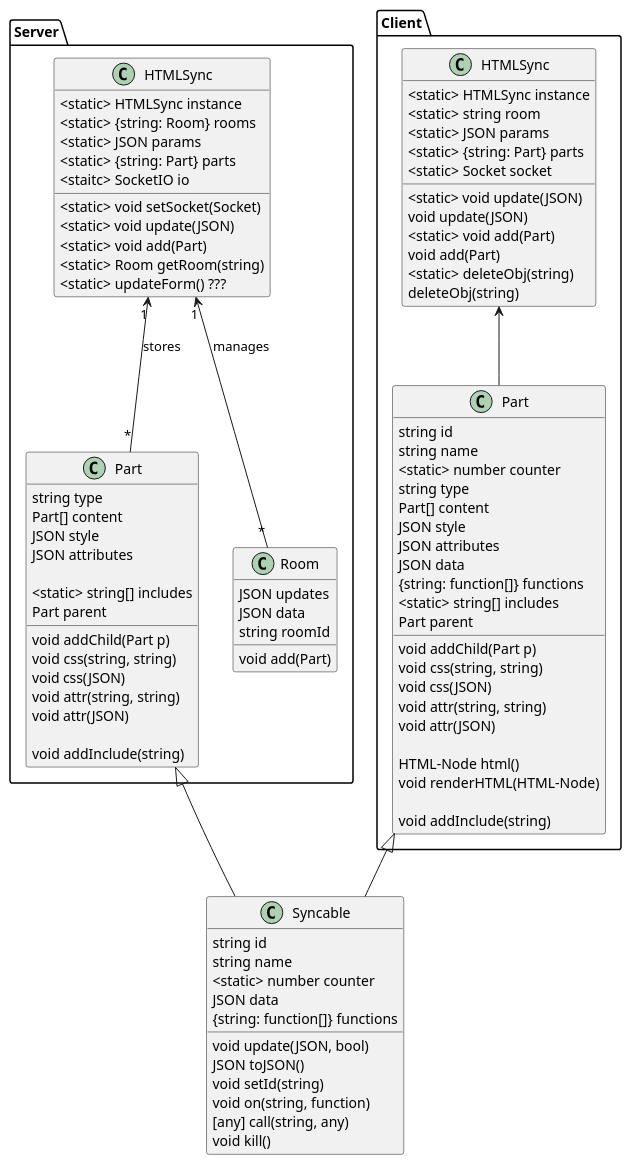
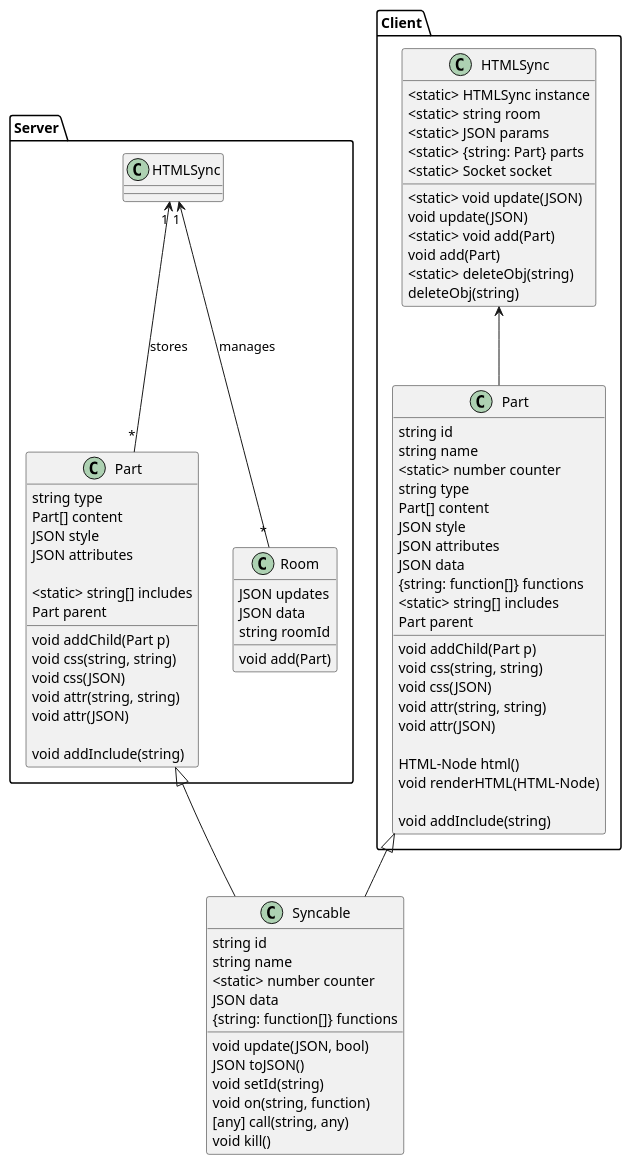
One commit to CapsE/HTML-Sync changed the diagram in UML.puml. Above: the diagram before and after it, drawn with PlantUML. The commit also changed 8 other files, not shown here.

```diff
--- a/UML.puml
+++ b/UML.puml
@@ -1,112 +1,102 @@
 @startuml
 
 Namespace Server{
 
     class Part{
         void addChild(Part p)
         void css(string, string)
         void css(JSON)
         void attr(string, string)
         void attr(JSON)
 
         void addInclude(string)
 
         string type
         Part[] content
         JSON style
         JSON attributes
 
         <static> string[] includes
         Part parent
     }
 
-    class HTMLSync{
-        <static> void setSocket(Socket)
-        <static> void update(JSON)
-        <static> void add(Part)
-        <static> Room getRoom(string)
-        <static> updateForm() ???
 
-        <static> HTMLSync instance
-        <static> {string: Room} rooms
-        <static> JSON params
-        <static> {string: Part} parts
-        <staitc> SocketIO io
-    }
+
+
 
     class Room{
         void add(Part)
         JSON updates
         JSON data
         string roomId
     }
 
     HTMLSync "1" <-- "*" Room : manages
     HTMLSync "1" <-- "*" Part : stores
 }
 
 class Syncable{
     void update(JSON, bool)
     JSON toJSON()
     void setId(string)
     void on(string, function)
     [any] call(string, any)
     void kill()
 
     string id
     string name
     <static> number counter
     JSON data
     {string: function[]} functions
 }
 Client.Part <|-- Syncable
 Server.Part <|-- Syncable
 
 Namespace Client{
 
     class Part{
         void addChild(Part p)
         void css(string, string)
         void css(JSON)
         void attr(string, string)
         void attr(JSON)
 
         HTML-Node html()
         void renderHTML(HTML-Node)
 
         void addInclude(string)
 
         string id
         string name
         <static> number counter
         string type
         Part[] content
         JSON style
         JSON attributes
         JSON data
         {string: function[]} functions
         <static> string[] includes
         Part parent
     }
 
     class HTMLSync{
         <static> void update(JSON)
         void update(JSON)
         <static> void add(Part)
         void add(Part)
         <static> deleteObj(string)
         deleteObj(string)
 
         <static> HTMLSync instance
         <static> string room
         <static> JSON params
         <static> {string: Part} parts
         <static> Socket socket
     }
 
     HTMLSync <-- Part
 }
 
 
 
 @enduml
```
